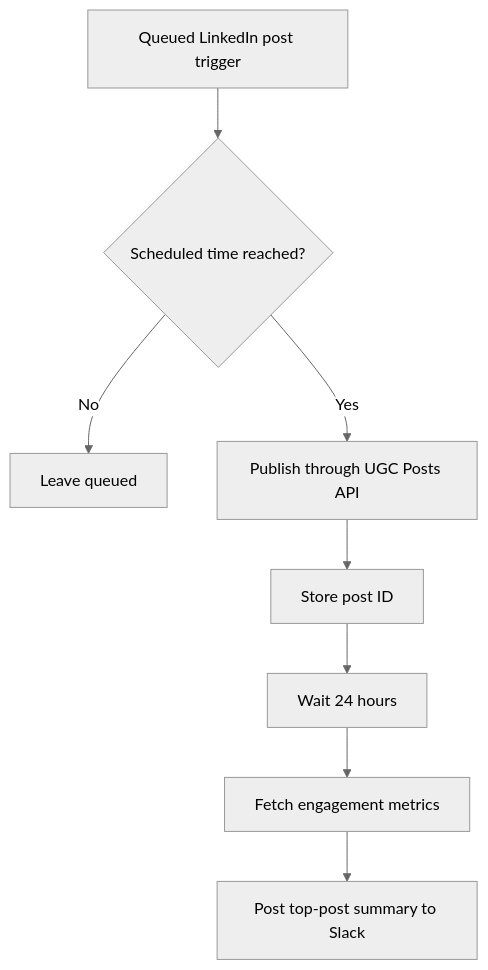
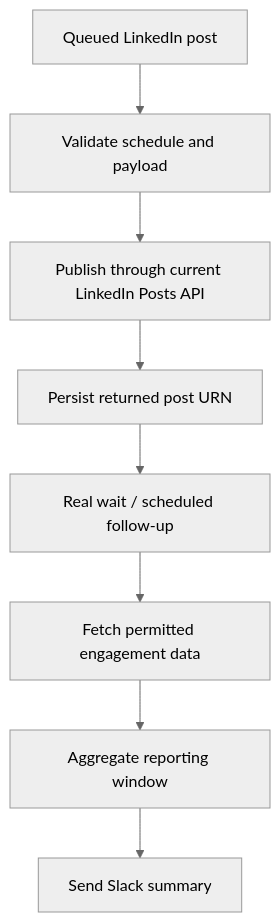
The diagram in README.md (oyekola-ololade/linkedin-auto-publisher), drawn with Mermaid (neutral theme) before and after one commit. The commit also changed other lines of this file, not shown here.

Commit message:
Mark LinkedIn publisher template as legacy and correct implementation claims

````diff
--- a/README.md
+++ b/README.md
@@ -40,10 +18,10 @@
 ```mermaid
 flowchart TD
-    A["Queued LinkedIn post trigger"] --> B{"Scheduled time reached?"}
-    B -->|No| C["Leave queued"]
-    B -->|Yes| D["Publish through UGC Posts API"]
-    D --> E["Store post ID"]
-    E --> F["Wait 24 hours"]
-    F --> G["Fetch engagement metrics"]
-    G --> H["Post top-post summary to Slack"]
+    A["Queued LinkedIn post"] --> B["Validate schedule and payload"]
+    B --> C["Publish through current LinkedIn Posts API"]
+    C --> D["Persist returned post URN"]
+    D --> E["Real wait / scheduled follow-up"]
+    E --> F["Fetch permitted engagement data"]
+    F --> G["Aggregate reporting window"]
+    G --> H["Send Slack summary"]
 ```
````
